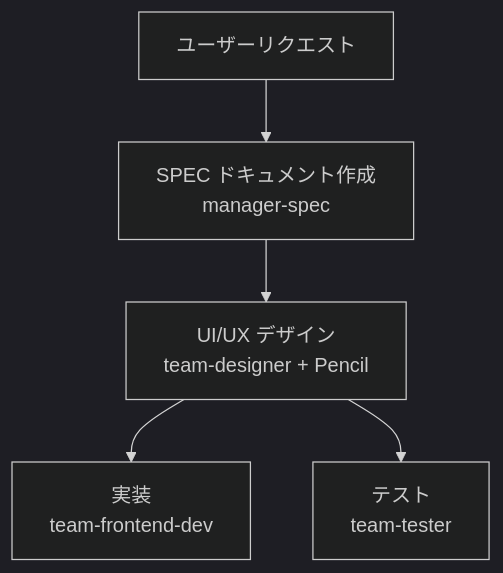
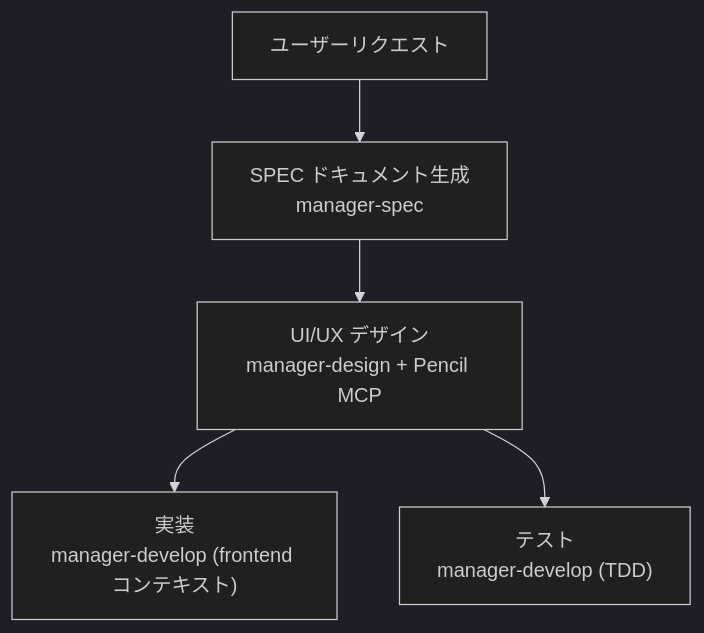
One commit to modu-ai/moai-adk changed the fourth of 4 diagrams in docs-site/content/ja/advanced/pencil-guide.md. Above: the diagram before and after it, drawn with Mermaid (dark theme). The commit also changed other lines of this file and 395 other files, not shown here.

````diff
--- a/docs-site/content/ja/advanced/pencil-guide.md
+++ b/docs-site/content/ja/advanced/pencil-guide.md
@@ -647,7 +659,7 @@
 ```mermaid
 flowchart TD
-    REQ["ユーザーリクエスト"] --> SPEC["SPEC ドキュメント作成<br>manager-spec"]
-    SPEC --> DESIGN["UI/UX デザイン<br>team-designer + Pencil"]
-    DESIGN --> DEV["実装<br>team-frontend-dev"]
-    DESIGN --> TEST["テスト<br>team-tester"]
+    REQ["ユーザーリクエスト"] --> SPEC["SPEC ドキュメント生成<br>manager-spec"]
+    SPEC --> DESIGN["UI/UX デザイン<br>manager-design + Pencil MCP"]
+    DESIGN --> DEV["実装<br>manager-develop (frontend コンテキスト)"]
+    DESIGN --> TEST["テスト<br>manager-develop (TDD)"]
 ```
````
